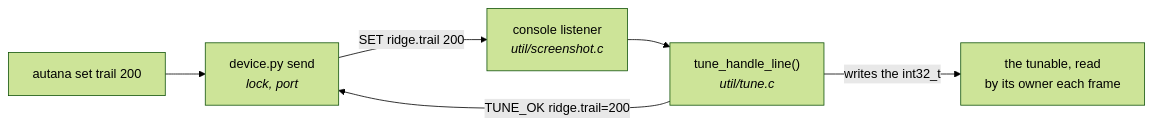
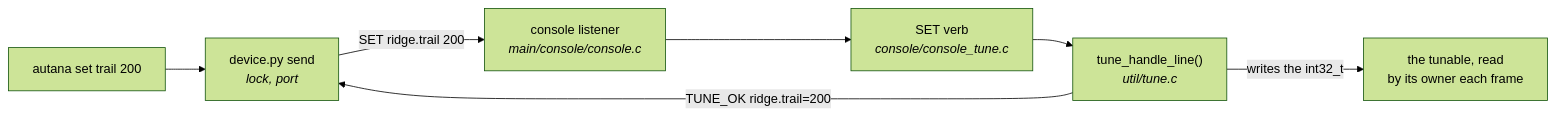
The diagram in docs/tools/Live-Tuning.md (jose-villegas/autana), drawn with Mermaid (forest theme) before and after one commit. The commit also changed other lines of this file and 34 other files, not shown here.

````diff
--- a/docs/tools/Live-Tuning.md
+++ b/docs/tools/Live-Tuning.md
@@ -46,8 +46,9 @@
 ```mermaid
 flowchart LR
     T["autana set trail 200"] --> D["device.py send<br/><i>lock, port</i>"]
-    D -->|"SET ridge.trail 200"| C["console listener<br/><i>util/screenshot.c</i>"]
-    C --> R["tune_handle_line()<br/><i>util/tune.c</i>"]
+    D -->|"SET ridge.trail 200"| C["console listener<br/><i>main/console/console.c</i>"]
+    C --> S["SET verb<br/><i>console/console_tune.c</i>"]
+    S --> R["tune_handle_line()<br/><i>util/tune.c</i>"]
     R -->|"writes the int32_t"| V["the tunable, read<br/>by its owner each frame"]
     R -->|"TUNE_OK ridge.trail=200"| D
 ```
````
